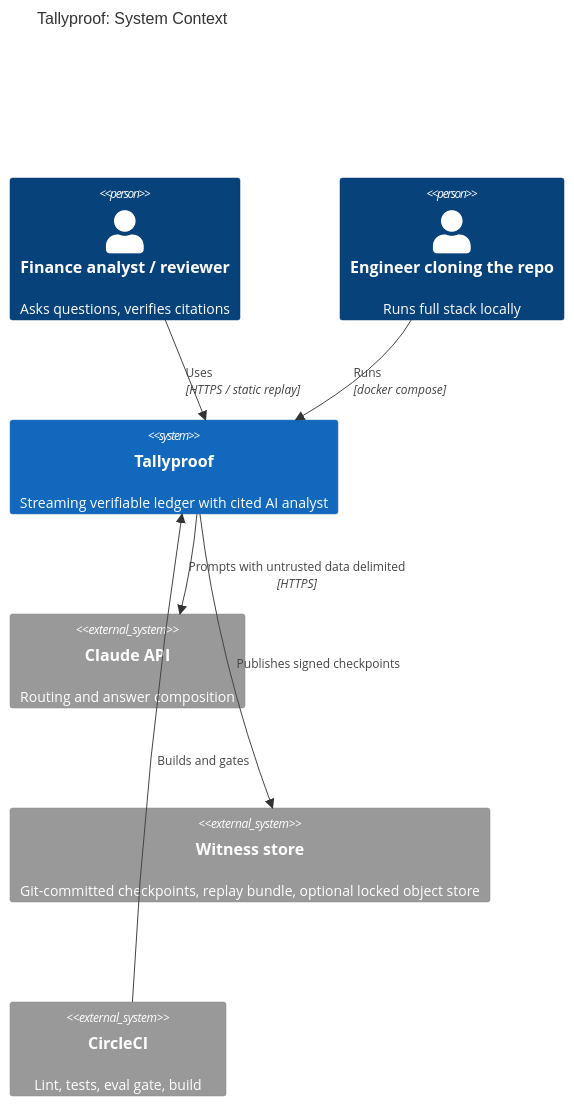
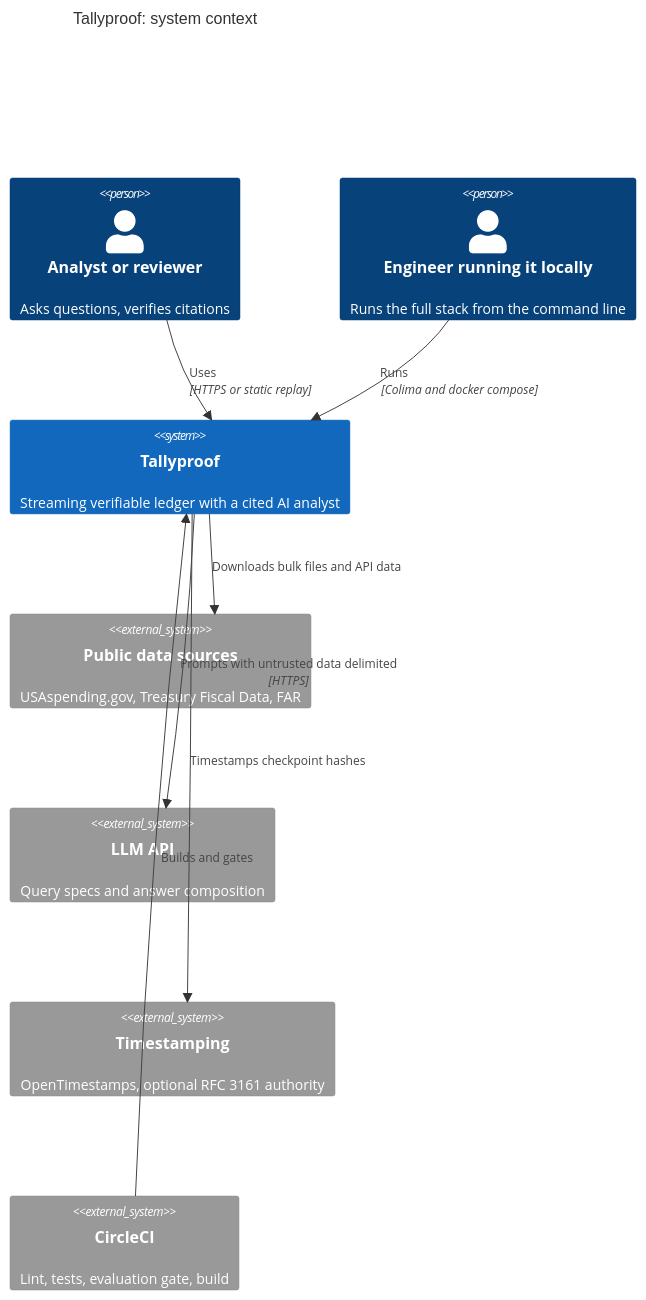
The first of 3 diagrams in docs/architecture.md (raunak-choudhary/tallyproof), drawn with Mermaid before and after one commit. The commit also changed other lines of this file, not shown here.

First line of the commit message:
docs(architecture): rewrite the architecture document for readers

````diff
--- a/docs/architecture.md
+++ b/docs/architecture.md
@@ -22,15 +22,17 @@
 ```mermaid
 C4Context
-title Tallyproof: System Context
-Person(analyst, "Finance analyst / reviewer", "Asks questions, verifies citations")
-Person(dev, "Engineer cloning the repo", "Runs full stack locally")
-System(ll, "Tallyproof", "Streaming verifiable ledger with cited AI analyst")
-System_Ext(llm, "Claude API", "Routing and answer composition")
-System_Ext(witness, "Witness store", "Git-committed checkpoints, replay bundle, optional locked object store")
-System_Ext(ci, "CircleCI", "Lint, tests, eval gate, build")
-Rel(analyst, ll, "Uses", "HTTPS / static replay")
-Rel(dev, ll, "Runs", "docker compose")
-Rel(ll, llm, "Prompts with untrusted data delimited", "HTTPS")
-Rel(ll, witness, "Publishes signed checkpoints")
-Rel(ci, ll, "Builds and gates")
+title Tallyproof: system context
+Person(reader, "Analyst or reviewer", "Asks questions, verifies citations")
+Person(dev, "Engineer running it locally", "Runs the full stack from the command line")
+System(tp, "Tallyproof", "Streaming verifiable ledger with a cited AI analyst")
+System_Ext(src, "Public data sources", "USAspending.gov, Treasury Fiscal Data, FAR")
+System_Ext(llm, "LLM API", "Query specs and answer composition")
+System_Ext(ts, "Timestamping", "OpenTimestamps, optional RFC 3161 authority")
+System_Ext(ci, "CircleCI", "Lint, tests, evaluation gate, build")
+Rel(tp, src, "Downloads bulk files and API data")
+Rel(reader, tp, "Uses", "HTTPS or static replay")
+Rel(dev, tp, "Runs", "Colima and docker compose")
+Rel(tp, llm, "Prompts with untrusted data delimited", "HTTPS")
+Rel(tp, ts, "Timestamps checkpoint hashes")
+Rel(ci, tp, "Builds and gates")
 ```
````
